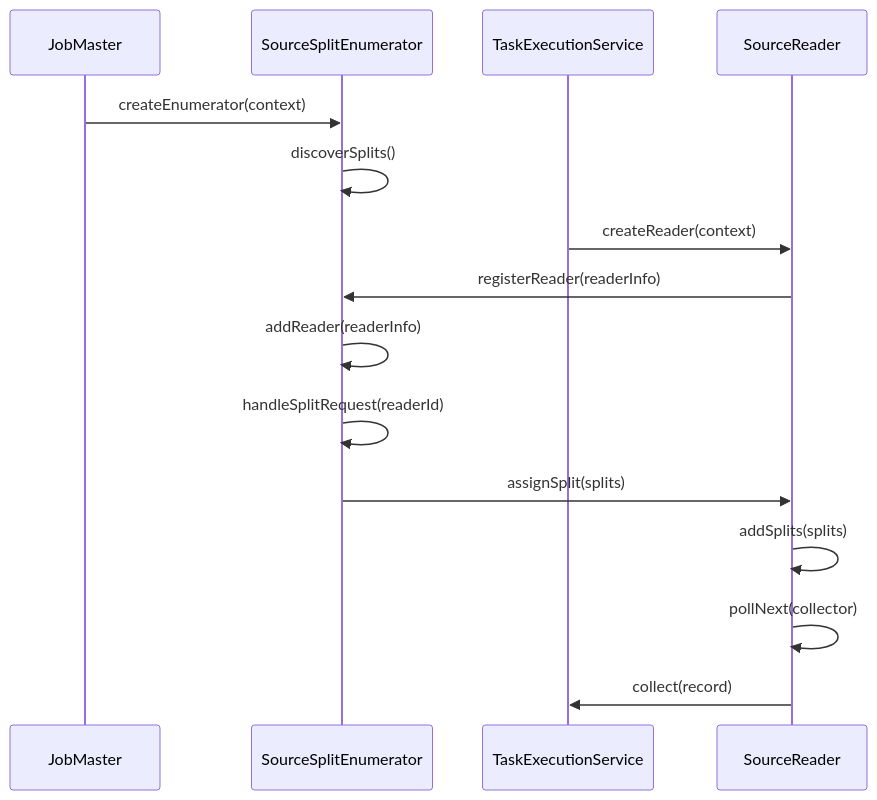
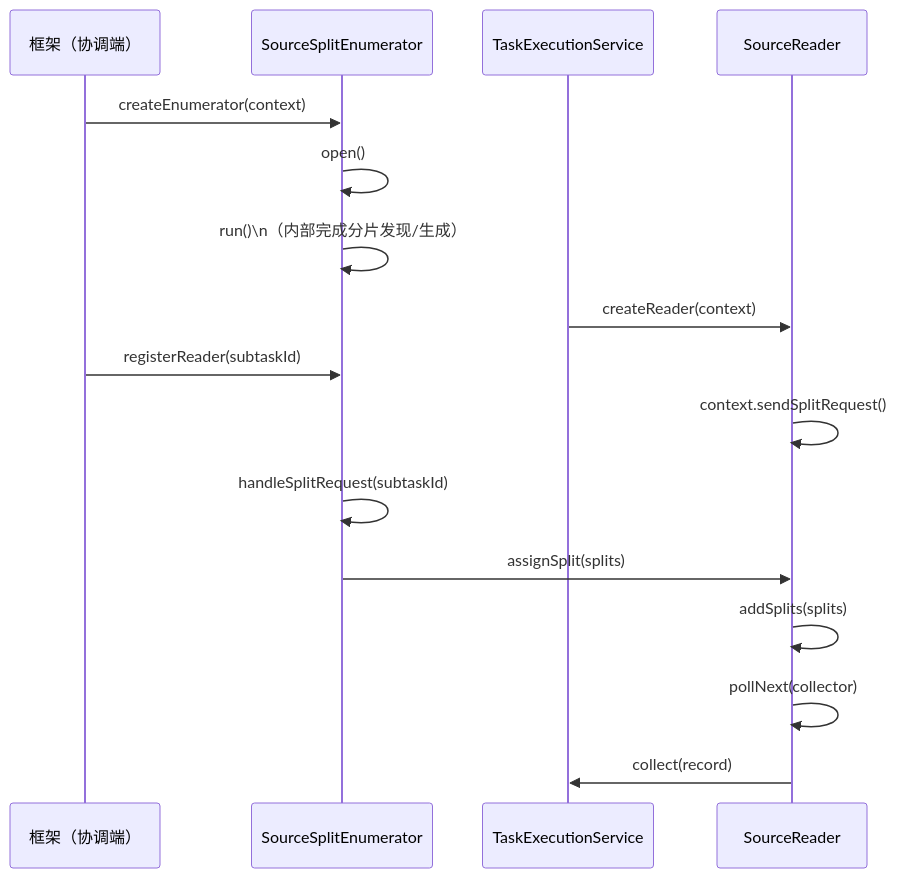
One commit to apache/seatunnel changed the first of 3 diagrams in docs/zh/architecture/api-design/source-architecture.md. Above: the diagram before and after it, drawn with Mermaid. The commit also changed other lines of this file and 12 other files, not shown here.

Commit message:
Docs: review and refine architecture documents for accuracy

````diff
--- a/docs/zh/architecture/api-design/source-architecture.md
+++ b/docs/zh/architecture/api-design/source-architecture.md
@@ -121,21 +121,22 @@
 ```mermaid
 sequenceDiagram
-    participant JM as JobMaster
+    participant Coord as 框架（协调端）
     participant Enum as SourceSplitEnumerator
     participant Worker as TaskExecutionService
     participant Reader as SourceReader
 
-    JM->>Enum: createEnumerator(context)
-    Enum->>Enum: discoverSplits()
+    Coord->>Enum: createEnumerator(context)
+    Enum->>Enum: open()
+    Enum->>Enum: run()\n（内部完成分片发现/生成）
 
     Worker->>Reader: createReader(context)
-    Reader->>Enum: registerReader(readerInfo)
+    Coord->>Enum: registerReader(subtaskId)
 
-    Enum->>Enum: addReader(readerInfo)
-    Enum->>Enum: handleSplitRequest(readerId)
+    Reader->>Reader: context.sendSplitRequest()
+    Enum->>Enum: handleSplitRequest(subtaskId)
     Enum->>Reader: assignSplit(splits)
 
     Reader->>Reader: addSplits(splits)
     Reader->>Reader: pollNext(collector)
     Reader->>Worker: collect(record)
 ```
````
